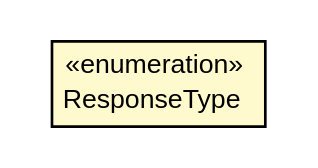
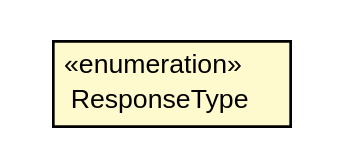
The diagram in 0.3.0-SNAPSHOT/javadoc/apidocs/io/reinert/requestor/ResponseType.dot (reinert/requestor), drawn with Graphviz before and after one commit. The commit also changed 1943 other files, not shown here.

```diff
--- a/0.3.0-SNAPSHOT/javadoc/apidocs/io/reinert/requestor/ResponseType.dot
+++ b/0.3.0-SNAPSHOT/javadoc/apidocs/io/reinert/requestor/ResponseType.dot
@@ -1,20 +1,19 @@
 #!/usr/local/bin/dot
 #
 # Class diagram 
 # Generated by UMLGraph version R5_6-24-gf6e263 (http://www.umlgraph.org/)
 #
 
 digraph G {
-	edge [fontname="arial",fontsize=10,labelfontname="arial",labelfontsize=10];
-	node [fontname="arial",fontsize=10,shape=plaintext];
+	edge [fontname="Helvetica",fontsize=10,labelfontname="Helvetica",labelfontsize=10];
+	node [fontname="Helvetica",fontsize=10,shape=plaintext];
 	nodesep=0.25;
 	ranksep=0.5;
-	rankdir=LR;
 	// io.reinert.requestor.ResponseType
-	c14312 [label=<<table title="io.reinert.requestor.ResponseType" border="0" cellborder="1" cellspacing="0" cellpadding="2" port="p" bgcolor="lemonChiffon" href="./ResponseType.html">
+	c30995 [label=<<table title="io.reinert.requestor.ResponseType" border="0" cellborder="1" cellspacing="0" cellpadding="2" port="p" bgcolor="lemonChiffon" href="./ResponseType.html">
 		<tr><td><table border="0" cellspacing="0" cellpadding="1">
 <tr><td align="center" balign="center"> &#171;enumeration&#187; </td></tr>
 <tr><td align="center" balign="center"> ResponseType </td></tr>
 		</table></td></tr>
-		</table>>, URL="./ResponseType.html", fontname="arial", fontcolor="black", fontsize=10.0];
+		</table>>, URL="./ResponseType.html", fontname="Helvetica", fontcolor="black", fontsize=10.0];
 }
```
